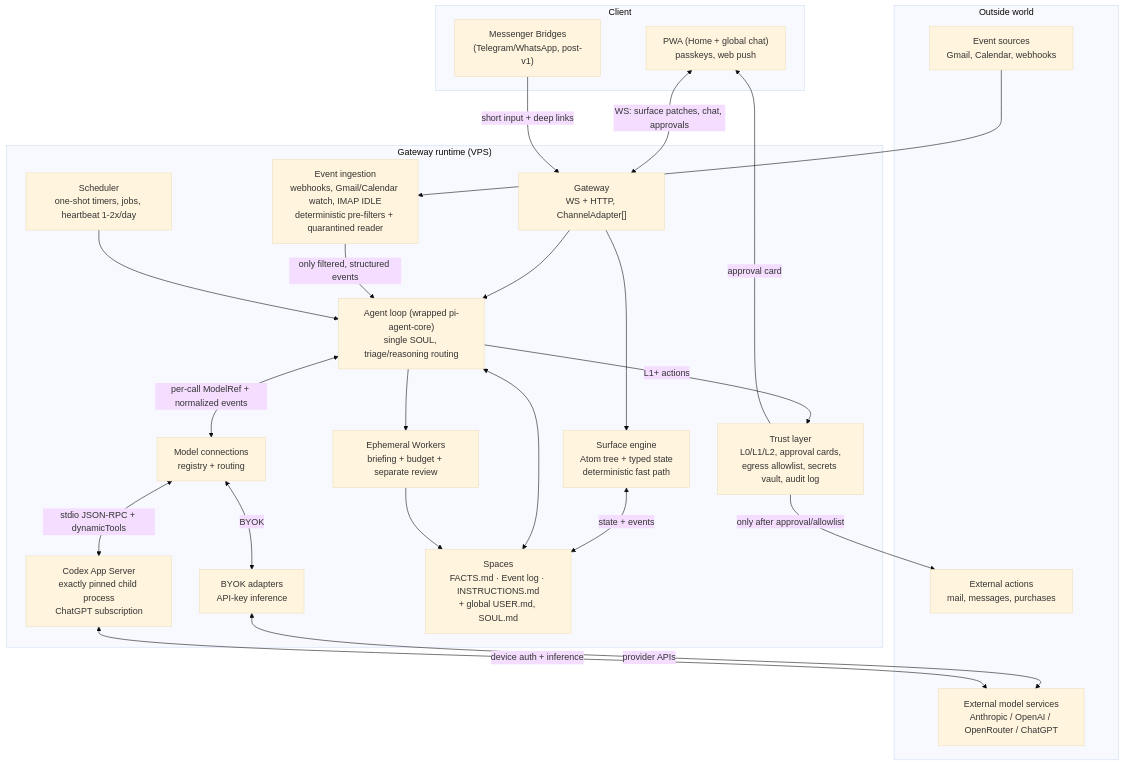
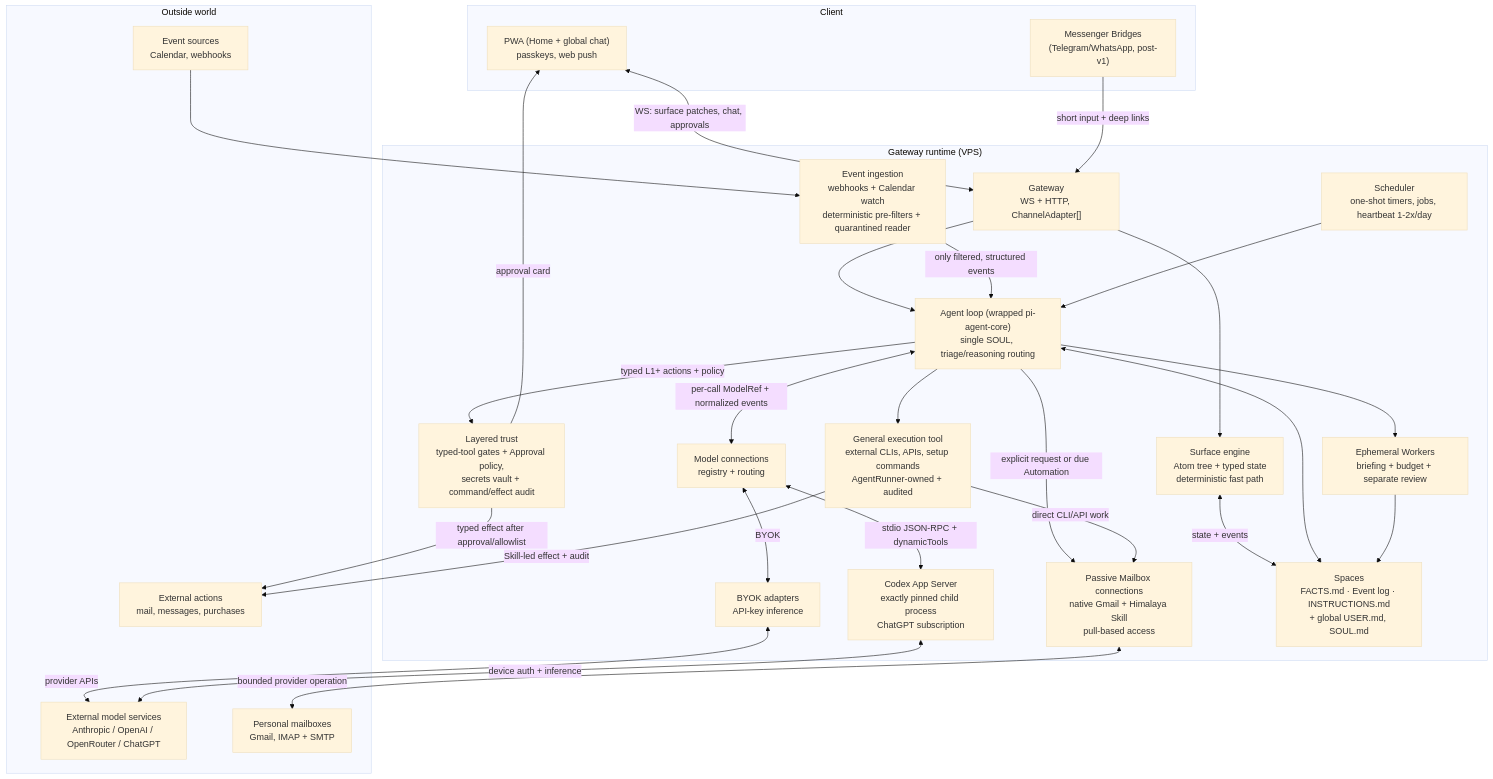
Before and after one commit to Ic3b3rg/veduta: the first of 2 diagrams in ARCHITECTURE.md, drawn with Mermaid (base theme). The commit also changed other lines of this file and 21 other files, not shown here.

Commit message:
docs: adopt pull-based Mailbox roadmap (#135)

````diff
--- a/ARCHITECTURE.md
+++ b/ARCHITECTURE.md
@@ -20,47 +20,55 @@
 ```mermaid
 flowchart TB
     subgraph Client["Client"]
         PWA["PWA (Home + global chat)\npasskeys, web push"]
         TG["Messenger Bridges\n(Telegram/WhatsApp, post-v1)"]
     end
 
     subgraph Daemon["Gateway runtime (VPS)"]
         GW["Gateway\nWS + HTTP, ChannelAdapter[]"]
         SE["Surface engine\nAtom tree + typed state\ndeterministic fast path"]
         AL["Agent loop (wrapped pi-agent-core)\nsingle SOUL, triage/reasoning routing"]
         MC["Model connections\nregistry + routing"]
         BYOK["BYOK adapters\nAPI-key inference"]
         CODEX["Codex App Server\nexactly pinned child process\nChatGPT subscription"]
         SCH["Scheduler\none-shot timers, jobs, heartbeat 1-2x/day"]
-        ING["Event ingestion\nwebhooks, Gmail/Calendar watch, IMAP IDLE\ndeterministic pre-filters + quarantined reader"]
+        ING["Event ingestion\nwebhooks + Calendar watch\ndeterministic pre-filters + quarantined reader"]
+        EXEC["General execution tool\nexternal CLIs, APIs, setup commands\nAgentRunner-owned + audited"]
+        MBX["Passive Mailbox connections\nnative Gmail + Himalaya Skill\npull-based access"]
         MEM["Spaces\nFACTS.md · Event log · INSTRUCTIONS.md\n+ global USER.md, SOUL.md"]
-        SEC["Trust layer\nL0/L1/L2, approval cards,\negress allowlist, secrets vault, audit log"]
+        SEC["Layered trust\ntyped-tool gates + Approval policy,\nsecrets vault + command/effect audit"]
         WK["Ephemeral Workers\nbriefing + budget + separate review"]
     end
 
     subgraph Esterno["Outside world"]
         LLM["External model services\nAnthropic / OpenAI / OpenRouter / ChatGPT"]
-        SRC["Event sources\nGmail, Calendar, webhooks"]
+        SRC["Event sources\nCalendar, webhooks"]
+        MAIL["Personal mailboxes\nGmail, IMAP + SMTP"]
         ACT["External actions\nmail, messages, purchases"]
     end
 
     PWA <-->|"WS: surface patches, chat, approvals"| GW
     TG -->|"short input + deep links"| GW
     GW --> SE
     GW --> AL
     SE <-->|"state + events"| MEM
     AL <--> MEM
     AL <-->|"per-call ModelRef + normalized events"| MC
     MC <-->|"BYOK"| BYOK
     MC <-->|"stdio JSON-RPC + dynamicTools"| CODEX
     BYOK <-->|"provider APIs"| LLM
     CODEX <-->|"device auth + inference"| LLM
     AL --> WK
+    AL --> EXEC
     WK --> MEM
     SRC --> ING
     ING -->|"only filtered, structured events"| AL
+    AL -->|"explicit request or due Automation"| MBX
+    EXEC -->|"direct CLI/API work"| MBX
+    MBX <-->|"bounded provider operation"| MAIL
     SCH --> AL
-    AL -->|"L1+ actions"| SEC
+    AL -->|"typed L1+ actions + policy"| SEC
     SEC -->|"approval card"| PWA
-    SEC -->|"only after approval/allowlist"| ACT
+    SEC -->|"typed effect after approval/allowlist"| ACT
+    EXEC -->|"Skill-led effect + audit"| ACT
 ```
````
